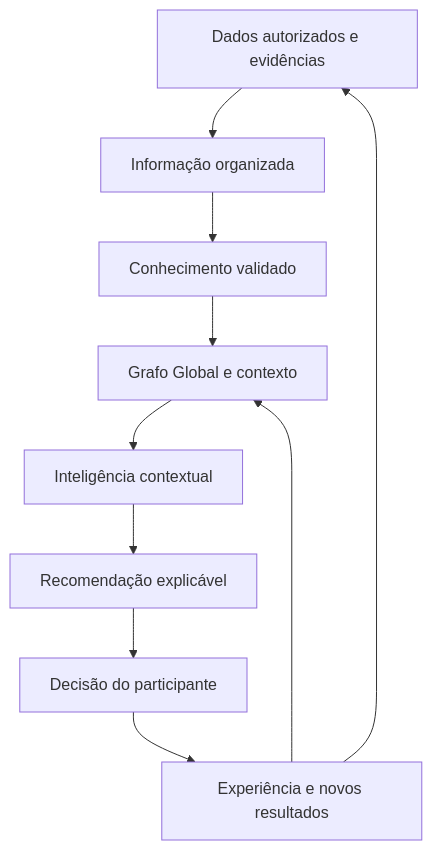
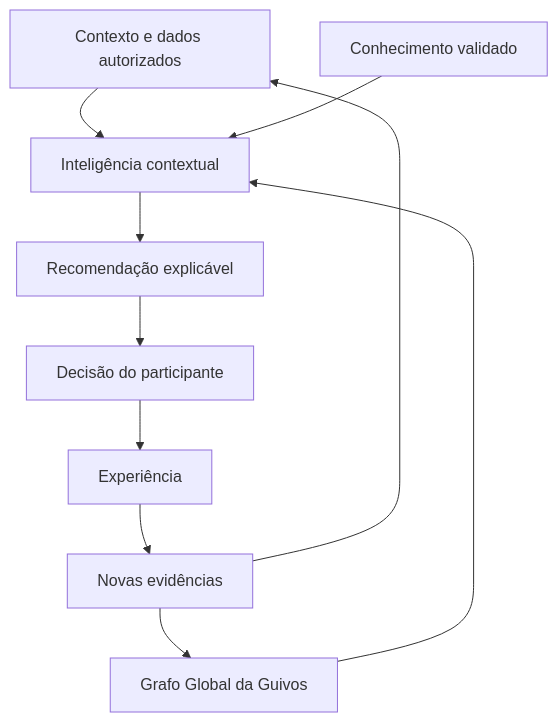
The fifth of 6 diagrams in docs/public/guia-oficial-da-guivos.md (guivos-repositorio/Guivos-Knowledge-Repository), drawn with Mermaid before and after one commit. The commit also changed other lines of this file, not shown here.

Commit message:
docs(public): update official guide to architecture-aligned v4

````diff
--- a/docs/public/guia-oficial-da-guivos.md
+++ b/docs/public/guia-oficial-da-guivos.md
@@ -646,21 +712,21 @@
 ```mermaid
 flowchart TD
-    A[Dados autorizados e evidências]
-    B[Informação organizada]
-    C[Conhecimento validado]
-    D[Grafo Global e contexto]
-    E[Inteligência contextual]
-    F[Recomendação explicável]
-    G[Decisão do participante]
-    H[Experiência e novos resultados]
+    A[Contexto e dados autorizados]
+    B[Conhecimento validado]
+    C[Grafo Global da Guivos]
+    D[Inteligência contextual]
+    E[Recomendação explicável]
+    F[Decisão do participante]
+    G[Experiência]
+    H[Novas evidências]
 
-    A --> B
-    B --> C
+    A --> D
+    B --> D
     C --> D
     D --> E
     E --> F
     F --> G
     G --> H
     H --> A
-    H --> D
+    H --> C
 ```
````
